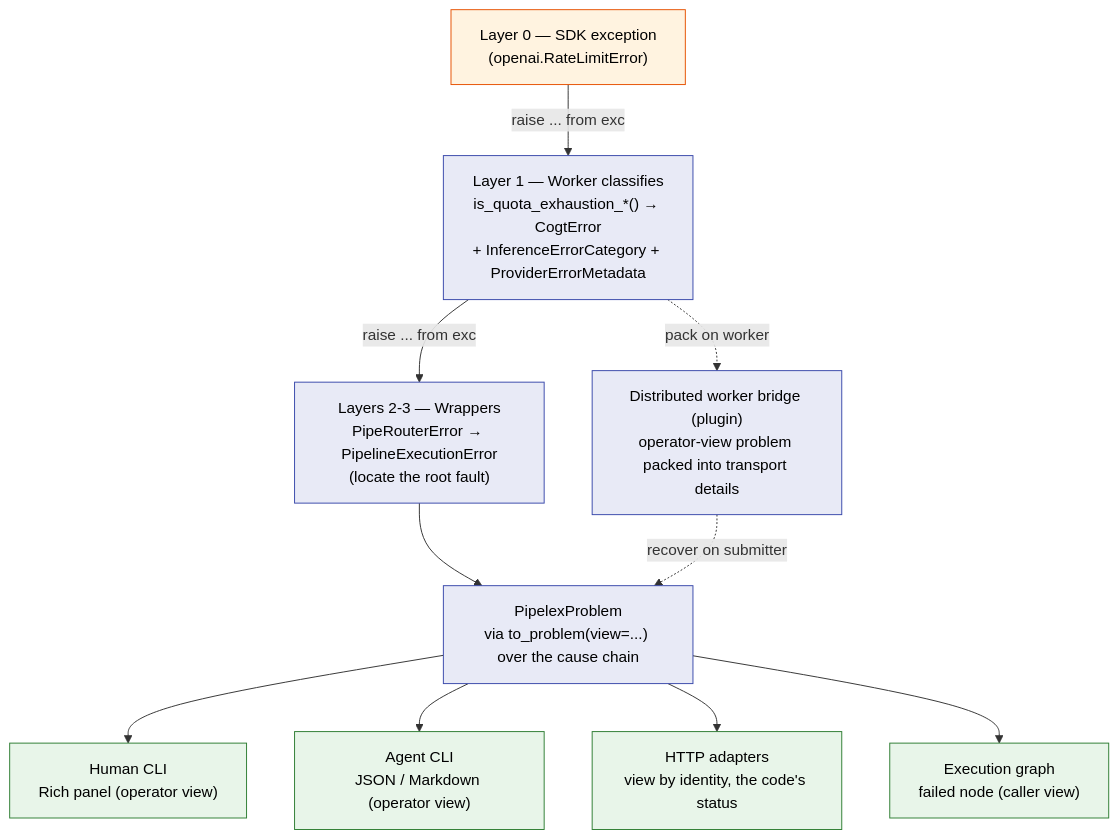
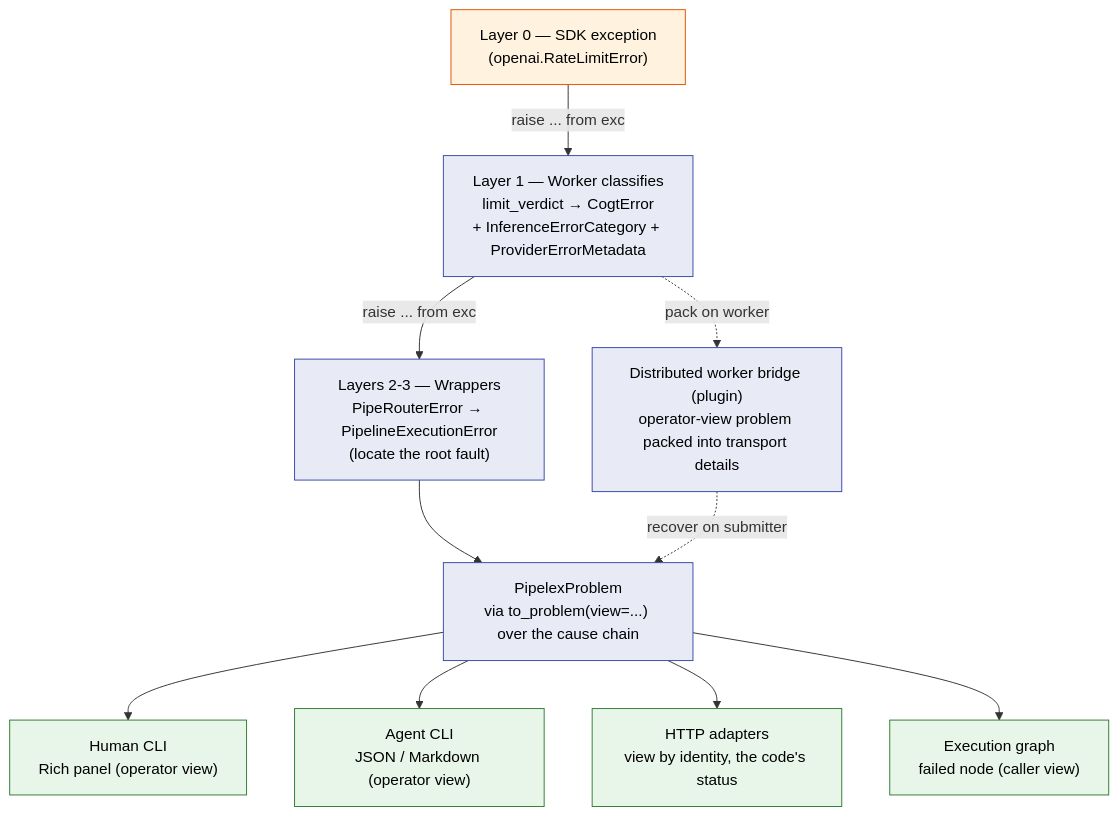
The diagram in docs/under-the-hood/error-model.md (Pipelex/pipelex), drawn with Mermaid before and after one commit. The commit also changed other lines of this file and 33 other files, not shown here.

First line of the commit message:
fix/Provider-quota-misread · L-261015-3d5225 (#1496)

````diff
--- a/docs/under-the-hood/error-model.md
+++ b/docs/under-the-hood/error-model.md
@@ -554,26 +554,26 @@
 ```mermaid
 flowchart TB
     SDK["Layer 0 — SDK exception<br/>(openai.RateLimitError)"]
-    W["Layer 1 — Worker classifies<br/>is_quota_exhaustion_*() → CogtError<br/>+ InferenceErrorCategory + ProviderErrorMetadata"]
+    W["Layer 1 — Worker classifies<br/>limit_verdict → CogtError<br/>+ InferenceErrorCategory + ProviderErrorMetadata"]
     WRAP["Layers 2-3 — Wrappers<br/>PipeRouterError → PipelineExecutionError<br/>(locate the root fault)"]
     PROBLEM["PipelexProblem<br/>via to_problem(view=...) over the cause chain"]
 
     SDK -->|"raise ... from exc"| W
     W -->|"raise ... from exc"| WRAP
     WRAP --> PROBLEM
 
     PROBLEM --> RICH["Human CLI<br/>Rich panel (operator view)"]
     PROBLEM --> AGENT["Agent CLI<br/>JSON / Markdown (operator view)"]
     PROBLEM --> HTTP["HTTP adapters<br/>view by identity, the code's status"]
     PROBLEM --> GRAPH["Execution graph<br/>failed node (caller view)"]
 
     W -.->|"pack on worker"| TEMP["Distributed worker bridge (plugin)<br/>operator-view problem packed into transport details"]
     TEMP -.->|"recover on submitter"| PROBLEM
 
     classDef src fill:#fff3e0,stroke:#e65100,color:#000
     classDef cls fill:#e8eaf6,stroke:#3949ab,color:#000
     classDef out fill:#e8f5e9,stroke:#2e7d32,color:#000
     class SDK src
     class W,WRAP,PROBLEM,TEMP cls
     class RICH,AGENT,HTTP,GRAPH out
 ```
````
